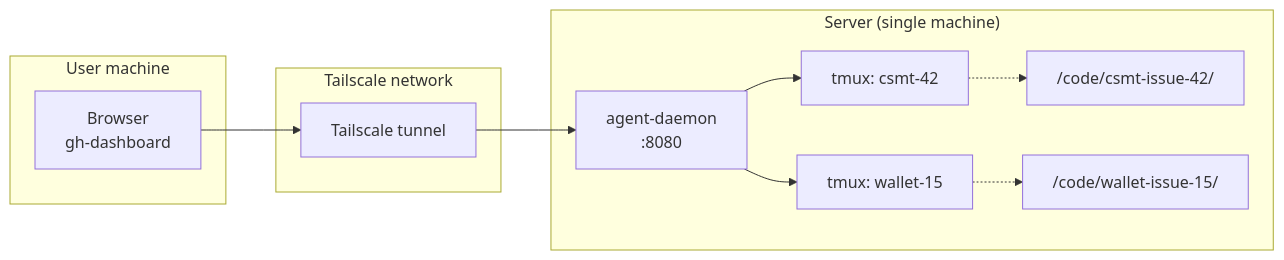
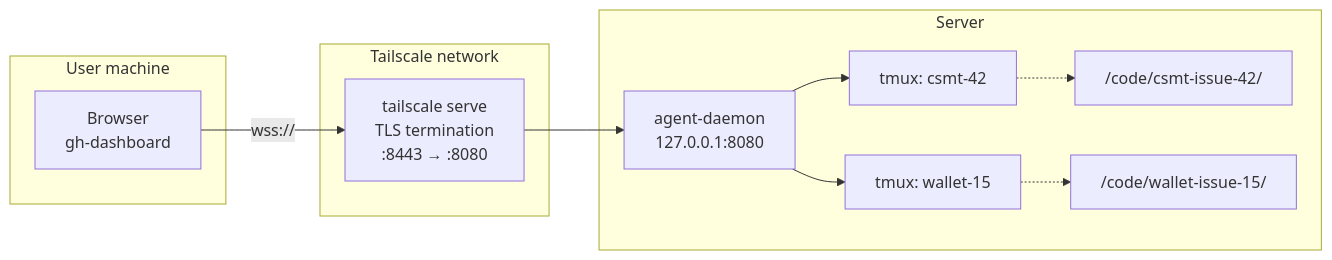
Before and after one commit to lambdasistemi/agent-daemon: the sixth of 6 diagrams in docs/design.md, drawn with Mermaid. The commit also changed other lines of this file, not shown here.

````diff
--- a/docs/design.md
+++ b/docs/design.md
@@ -210,24 +257,24 @@
 ```mermaid
 graph LR
     subgraph "User machine"
         Browser["Browser<br/>gh-dashboard"]
     end
 
     subgraph "Tailscale network"
-        TS["Tailscale tunnel"]
+        TS["tailscale serve<br/>TLS termination<br/>:8443 → :8080"]
     end
 
-    subgraph "Server (single machine)"
-        AD["agent-daemon<br/>:8080"]
+    subgraph "Server"
+        AD["agent-daemon<br/>127.0.0.1:8080"]
         T1["tmux: csmt-42"]
         T2["tmux: wallet-15"]
         W1["/code/csmt-issue-42/"]
         W2["/code/wallet-issue-15/"]
     end
 
-    Browser --> TS --> AD
+    Browser -- "wss://" --> TS --> AD
     AD --> T1
     AD --> T2
     T1 -.-> W1
     T2 -.-> W2
 ```
````
